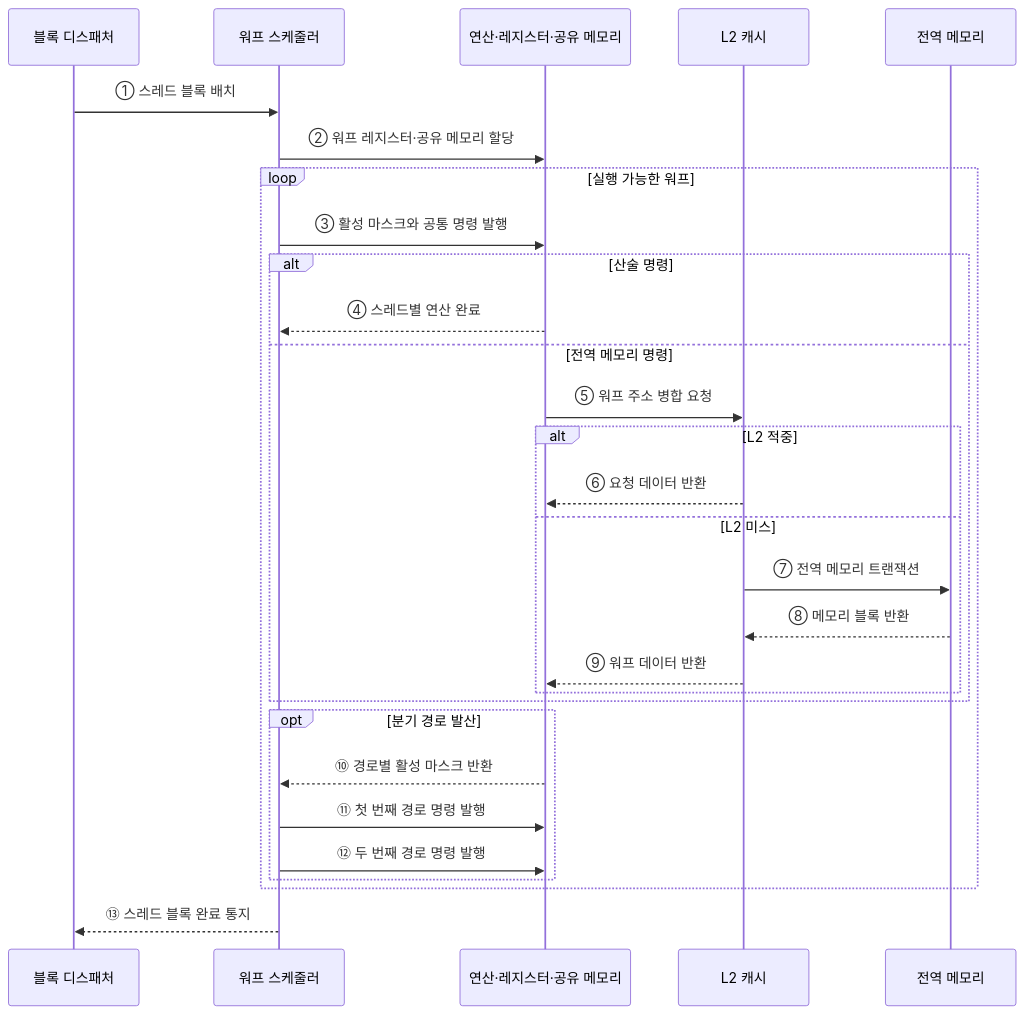
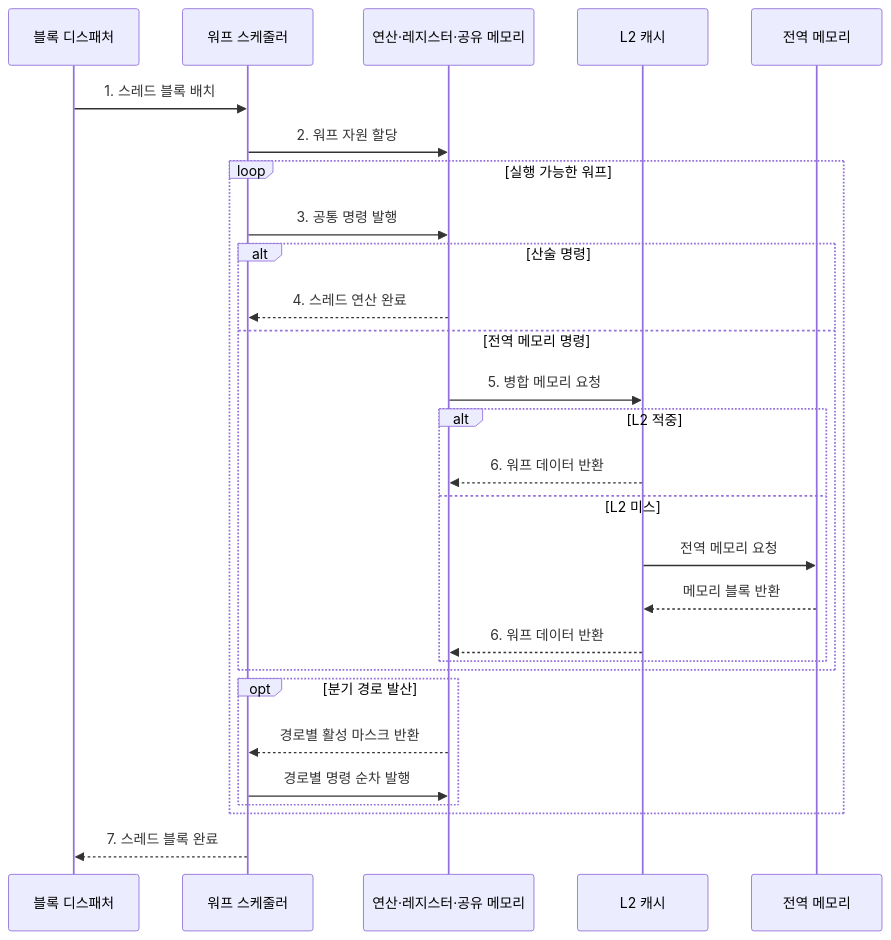
The second of 2 diagrams in src/content/docs/notes/02-hardware/041_gpu_simt.md (agnusdei1207/knowledge-base), drawn with Mermaid before and after one commit. The commit also changed other lines of this file and 20 other files, not shown here.

````diff
--- a/src/content/docs/notes/02-hardware/041_gpu_simt.md
+++ b/src/content/docs/notes/02-hardware/041_gpu_simt.md
@@ -80,32 +88,31 @@
 ```mermaid
 sequenceDiagram
     participant D as 블록 디스패처
     participant W as 워프 스케줄러
     participant E as 연산·레지스터·공유 메모리
     participant L as L2 캐시
     participant G as 전역 메모리
 
-    D->>W: ① 스레드 블록 배치
-    W->>E: ② 워프 레지스터·공유 메모리 할당
+    D->>W: 1. 스레드 블록 배치
+    W->>E: 2. 워프 자원 할당
     loop 실행 가능한 워프
-        W->>E: ③ 활성 마스크와 공통 명령 발행
+        W->>E: 3. 공통 명령 발행
         alt 산술 명령
-            E-->>W: ④ 스레드별 연산 완료
+            E-->>W: 4. 스레드 연산 완료
         else 전역 메모리 명령
-            E->>L: ⑤ 워프 주소 병합 요청
+            E->>L: 5. 병합 메모리 요청
             alt L2 적중
-                L-->>E: ⑥ 요청 데이터 반환
+                L-->>E: 6. 워프 데이터 반환
             else L2 미스
-                L->>G: ⑦ 전역 메모리 트랜잭션
-                G-->>L: ⑧ 메모리 블록 반환
-                L-->>E: ⑨ 워프 데이터 반환
+                L->>G: 전역 메모리 요청
+                G-->>L: 메모리 블록 반환
+                L-->>E: 6. 워프 데이터 반환
             end
         end
         opt 분기 경로 발산
-            E-->>W: ⑩ 경로별 활성 마스크 반환
-            W->>E: ⑪ 첫 번째 경로 명령 발행
-            W->>E: ⑫ 두 번째 경로 명령 발행
+            E-->>W: 경로별 활성 마스크 반환
+            W->>E: 경로별 명령 순차 발행
         end
     end
-    W-->>D: ⑬ 스레드 블록 완료 통지
+    W-->>D: 7. 스레드 블록 완료
 ```
````
